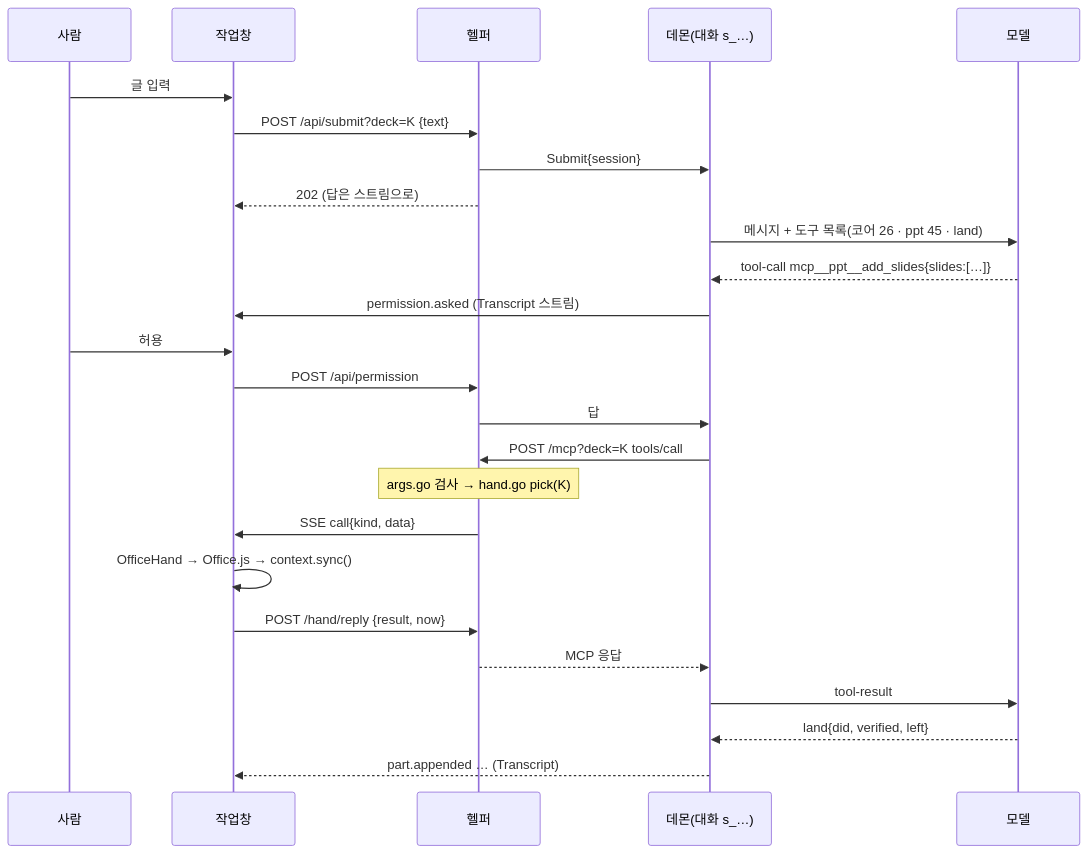
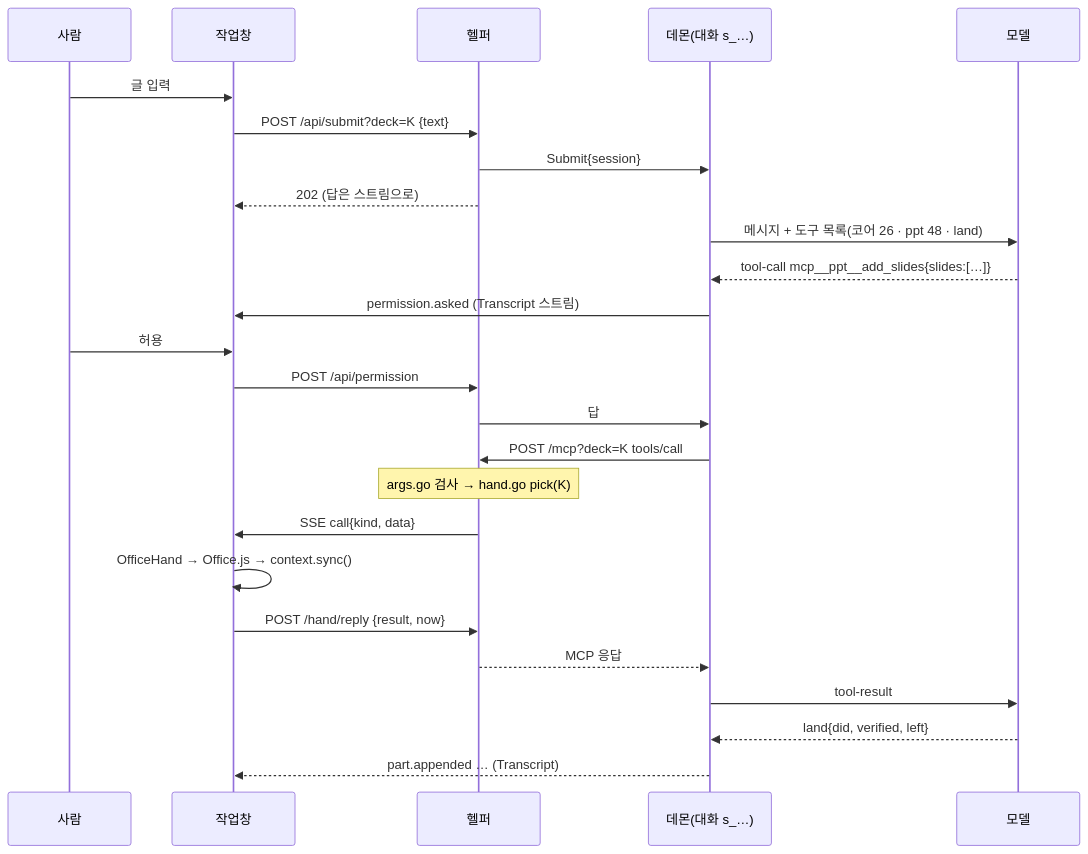
Before and after one commit to sayaya1090/magi: the second of 7 diagrams in clients/powerpoint/docs/DIAGRAMS.ko.md, drawn with Mermaid. The commit also changed other lines of this file and 12 other files, not shown here.

````diff
--- a/clients/powerpoint/docs/DIAGRAMS.ko.md
+++ b/clients/powerpoint/docs/DIAGRAMS.ko.md
@@ -52,27 +52,27 @@
 ```mermaid
 sequenceDiagram
   participant U as 사람
   participant P as 작업창
   participant H as 헬퍼
   participant D as 데몬(대화 s_…)
   participant M as 모델
   U->>P: 글 입력
   P->>H: POST /api/submit?deck=K {text}
   H->>D: Submit{session}
   H-->>P: 202 (답은 스트림으로)
-  D->>M: 메시지 + 도구 목록(코어 26 · ppt 45 · land)
+  D->>M: 메시지 + 도구 목록(코어 26 · ppt 48 · land)
   M-->>D: tool-call mcp__ppt__add_slides{slides:[…]}
   D->>P: permission.asked (Transcript 스트림)
   U->>P: 허용
   P->>H: POST /api/permission
   H->>D: 답
   D->>H: POST /mcp?deck=K tools/call
   Note over H: args.go 검사 → hand.go pick(K)
   H->>P: SSE call{kind, data}
   P->>P: OfficeHand → Office.js → context.sync()
   P->>H: POST /hand/reply {result, now}
   H-->>D: MCP 응답
   D->>M: tool-result
   M-->>D: land{did, verified, left}
   D-->>P: part.appended … (Transcript)
 ```
````
